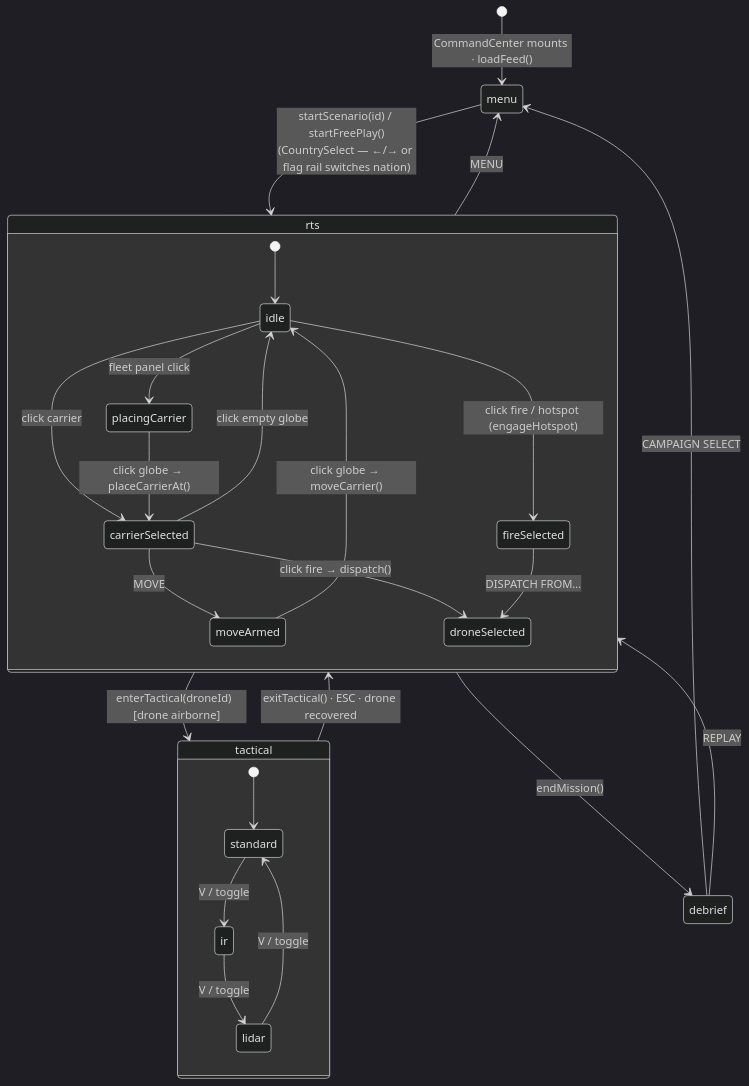
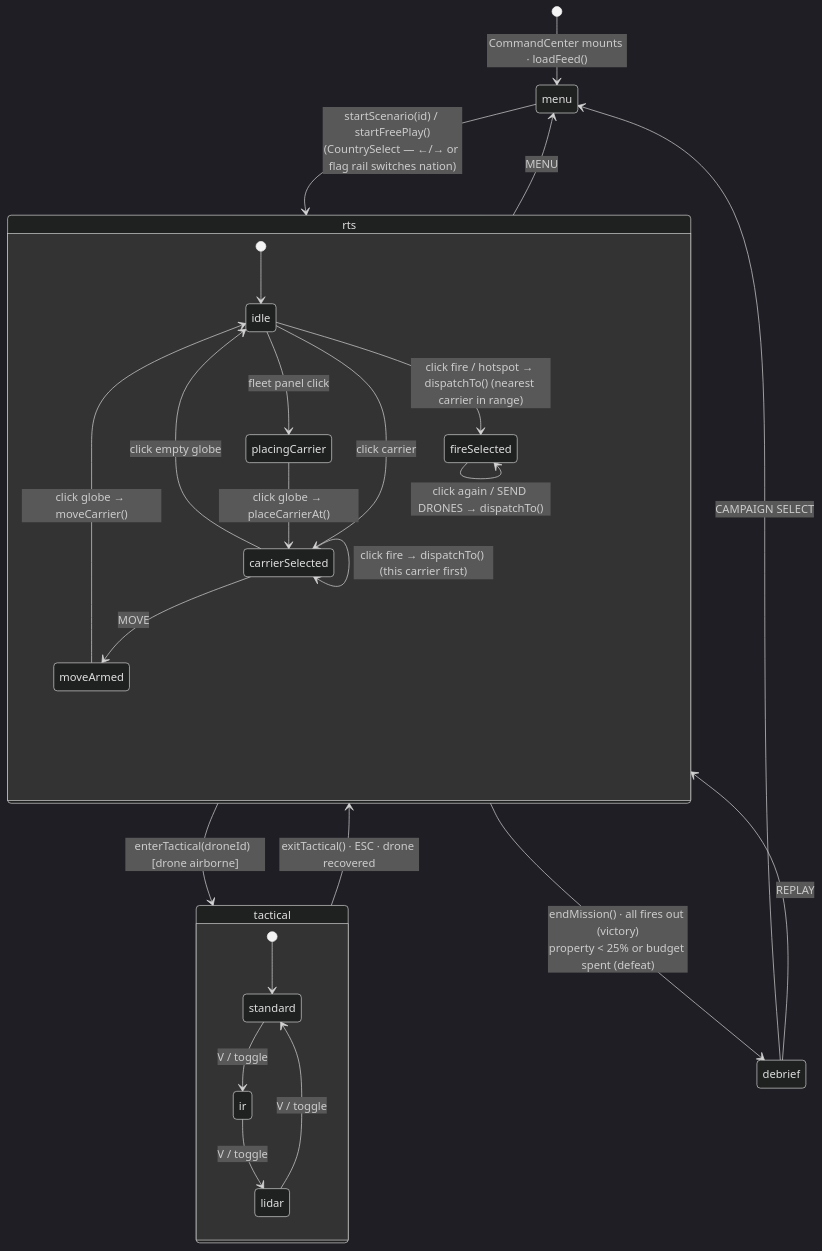
The third of 7 diagrams in README.md (jayrosen-design/Global-Firefight-Drone-Command), drawn with Mermaid (dark theme) before and after one commit. The commit also changed other lines of this file and 17 other files, not shown here.

````diff
--- a/README.md
+++ b/README.md
@@ -421,31 +440,31 @@
 ```mermaid
 stateDiagram-v2
   [*] --> menu : CommandCenter mounts · loadFeed()
   menu --> rts : startScenario(id) / startFreePlay()<br/>(CountrySelect — ←/→ or flag rail switches nation)
   rts --> tactical : enterTactical(droneId)  [drone airborne]
   tactical --> rts : exitTactical() · ESC · drone recovered
-  rts --> debrief : endMission()
+  rts --> debrief : endMission() · all fires out (victory)<br/>property < 25% or budget spent (defeat)
   debrief --> rts : REPLAY
   debrief --> menu : CAMPAIGN SELECT
   rts --> menu : MENU
 
   state rts {
     [*] --> idle
     idle --> carrierSelected : click carrier
     carrierSelected --> idle : click empty globe
     carrierSelected --> moveArmed : MOVE
     moveArmed --> idle : click globe → moveCarrier()
-    carrierSelected --> droneSelected : click fire → dispatch()
-    idle --> fireSelected : click fire / hotspot (engageHotspot)
-    fireSelected --> droneSelected : DISPATCH FROM…
+    carrierSelected --> carrierSelected : click fire → dispatchTo() (this carrier first)
+    idle --> fireSelected : click fire / hotspot → dispatchTo() (nearest carrier in range)
+    fireSelected --> fireSelected : click again / SEND DRONES → dispatchTo()
     idle --> placingCarrier : fleet panel click
     placingCarrier --> carrierSelected : click globe → placeCarrierAt()
   }
 
   state tactical {
     [*] --> standard
     standard --> ir : V / toggle
     ir --> lidar : V / toggle
     lidar --> standard : V / toggle
   }
 ```
````
